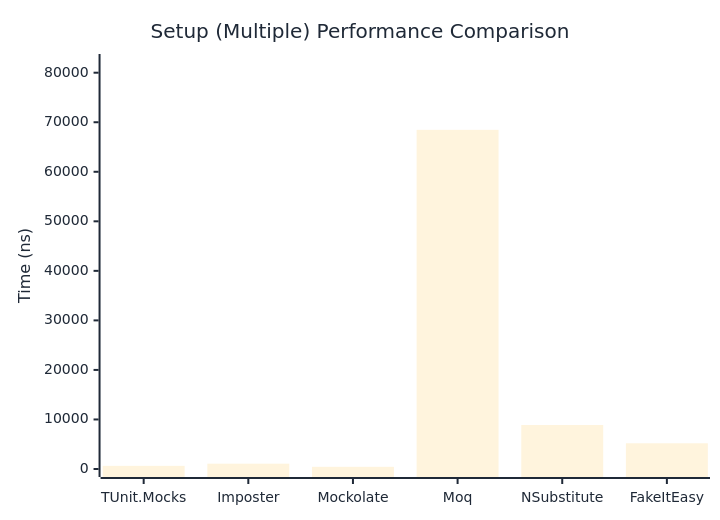
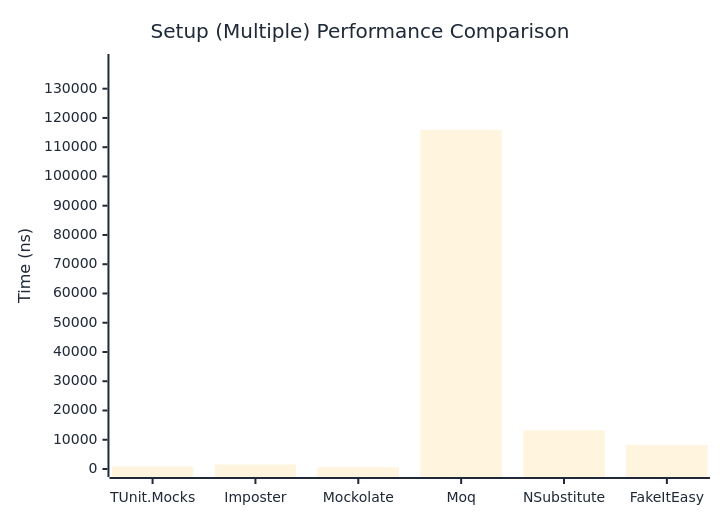
Before and after one commit to thomhurst/TUnit: the second of 2 diagrams in docs/docs/benchmarks/mocks/Setup.md, drawn with Mermaid. The commit also changed other lines of this file and 14 other files, not shown here.

````diff
--- a/docs/docs/benchmarks/mocks/Setup.md
+++ b/docs/docs/benchmarks/mocks/Setup.md
@@ -71,27 +71,27 @@
 ```mermaid
 %%{init: {
   'theme':'base',
   'themeVariables': {
     'primaryColor': '#2563eb',
     'primaryTextColor': '#1f2937',
     'primaryBorderColor': '#1e40af',
     'lineColor': '#6b7280',
     'secondaryColor': '#7c3aed',
     'tertiaryColor': '#dc2626',
     'background': '#ffffff',
     'pie1': '#2563eb',
     'pie2': '#7c3aed',
     'pie3': '#dc2626',
     'pie4': '#f59e0b',
     'pie5': '#10b981',
     'pie6': '#06b6d4',
     'pie7': '#ec4899',
     'pie8': '#6366f1'
   }
 }}%%
 xychart-beta
   title "Setup (Multiple) Performance Comparison"
   x-axis ["TUnit.Mocks", "Imposter", "Mockolate", "Moq", "NSubstitute", "FakeItEasy"]
-  y-axis "Time (ns)" 0 --> 82161
-  bar [637.3, 1075.7, 439.5, 68467, 8887.1, 5190.4]
+  y-axis "Time (ns)" 0 --> 139122
+  bar [876.4, 1536.6, 571.6, 115934.2, 13204.4, 8241.2]
 ```
````
